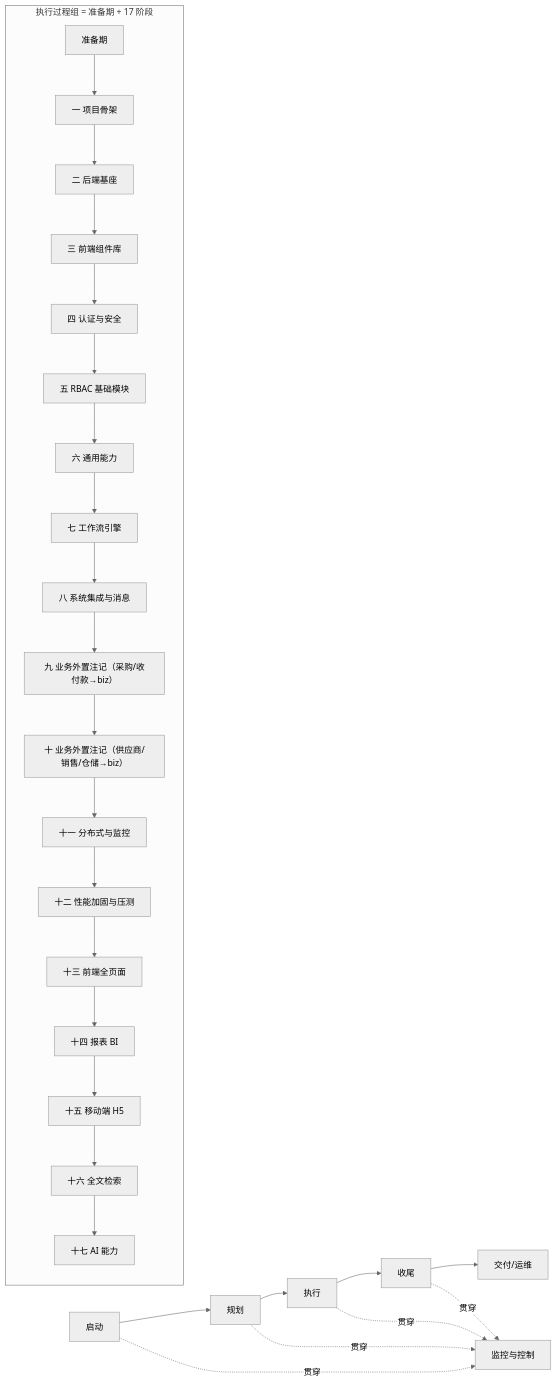
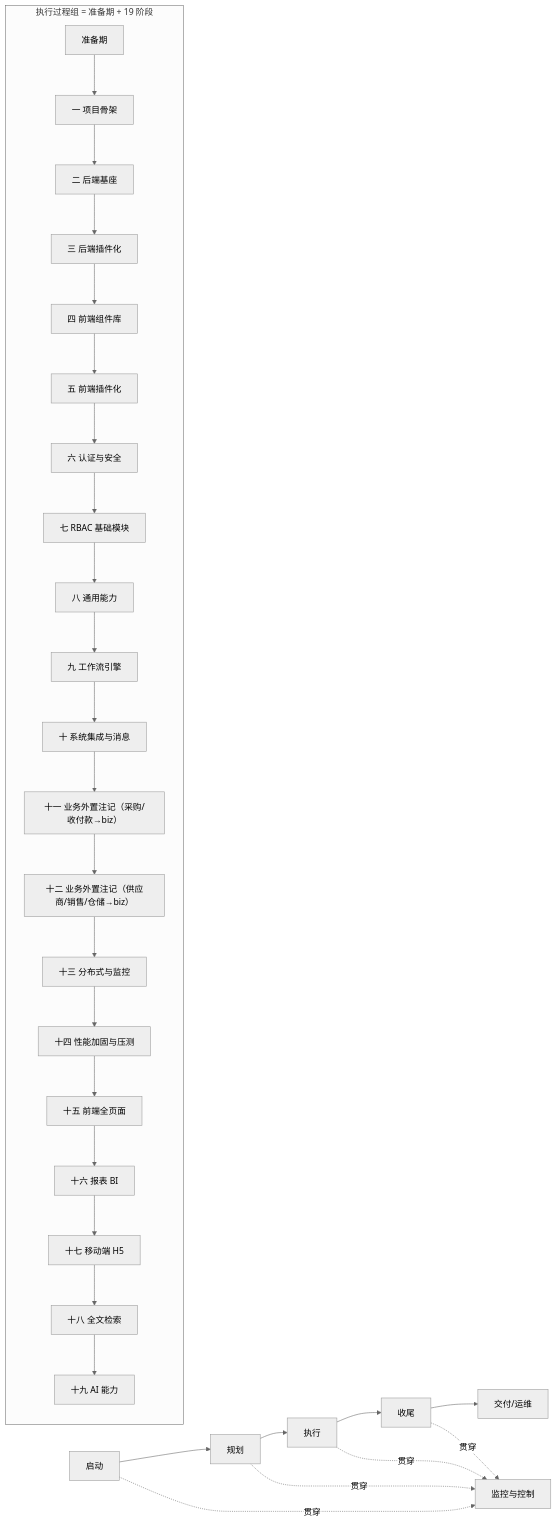
The first of 2 diagrams in bms文档/规划/总体项目规划.md (minjian123/basic-management-system), drawn with Mermaid (neutral theme) before and after one commit. The commit also changed other lines of this file and 127 other files, not shown here.

````diff
--- a/bms文档/规划/总体项目规划.md
+++ b/bms文档/规划/总体项目规划.md
@@ -95,20 +97,20 @@
 ```mermaid
 flowchart LR
     A["启动"] --> B["规划"]
     B --> C["执行"]
     C --> D["收尾"]
     D --> E["交付/运维"]
     A -.->|贯穿| F["监控与控制"]
     B -.->|贯穿| F
     C -.->|贯穿| F
     D -.->|贯穿| F
 
-    subgraph EXEC["执行过程组 = 准备期 + 17 阶段"]
-        P0["准备期"] --> S1["一 项目骨架"] --> S2["二 后端基座"] --> S3["三 前端组件库"]
-        S3 --> S4["四 认证与安全"] --> S5["五 RBAC 基础模块"] --> S6["六 通用能力"]
-        S6 --> S7["七 工作流引擎"] --> S8["八 系统集成与消息"] --> S9["九 业务外置注记（采购/收付款→biz）"]
-        S9 --> S10["十 业务外置注记（供应商/销售/仓储→biz）"] --> S11["十一 分布式与监控"] --> S12["十二 性能加固与压测"]
-        S12 --> S13["十三 前端全页面"] --> S14["十四 报表 BI"] --> S15["十五 移动端 H5"]
-        S15 --> S16["十六 全文检索"] --> S17["十七 AI 能力"]
+    subgraph EXEC["执行过程组 = 准备期 + 19 阶段"]
+        P0["准备期"] --> S1["一 项目骨架"] --> S2["二 后端基座"] --> S2P["三 后端插件化"] --> S3["四 前端组件库"]
+        S3 --> S3P["五 前端插件化"] --> S4["六 认证与安全"] --> S5["七 RBAC 基础模块"] --> S6["八 通用能力"]
+        S6 --> S7["九 工作流引擎"] --> S8["十 系统集成与消息"] --> S9["十一 业务外置注记（采购/收付款→biz）"]
+        S9 --> S10["十二 业务外置注记（供应商/销售/仓储→biz）"] --> S11["十三 分布式与监控"] --> S12["十四 性能加固与压测"]
+        S12 --> S13["十五 前端全页面"] --> S14["十六 报表 BI"] --> S15["十七 移动端 H5"]
+        S15 --> S16["十八 全文检索"] --> S17["十九 AI 能力"]
     end
 ```
````
